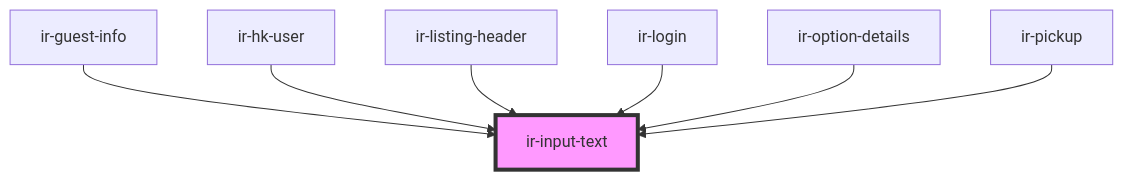
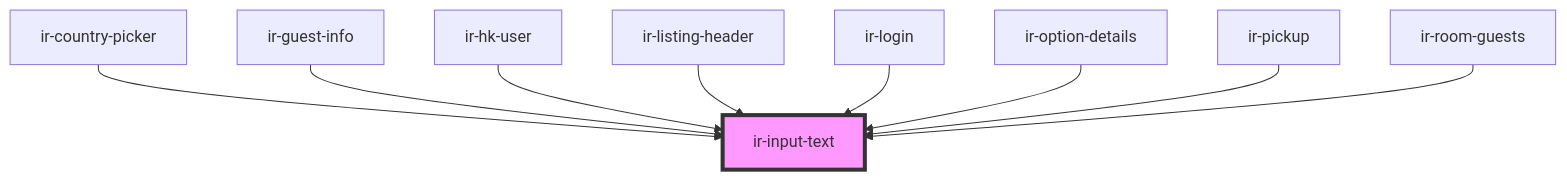
One commit to David1Chowaifaty/modified-ir-webcmp changed the diagram in src/components/ir-input-text/readme.md. Above: the diagram before and after it, drawn with Mermaid. The commit also changed other lines of this file and 28 other files, not shown here.

````diff
--- a/src/components/ir-input-text/readme.md
+++ b/src/components/ir-input-text/readme.md
@@ -55,10 +62,12 @@
 ```mermaid
 graph TD;
+  ir-country-picker --> ir-input-text
   ir-guest-info --> ir-input-text
   ir-hk-user --> ir-input-text
   ir-listing-header --> ir-input-text
   ir-login --> ir-input-text
   ir-option-details --> ir-input-text
   ir-pickup --> ir-input-text
+  ir-room-guests --> ir-input-text
   style ir-input-text fill:#f9f,stroke:#333,stroke-width:4px
 ```
````
